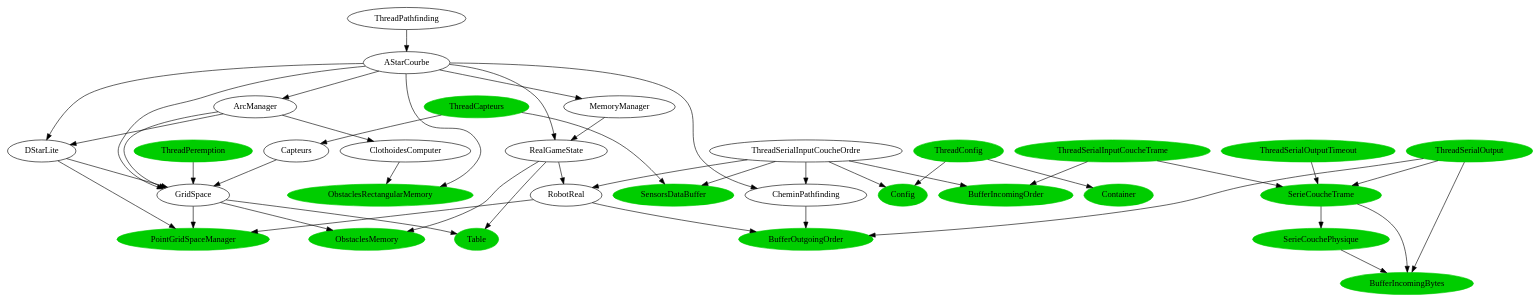
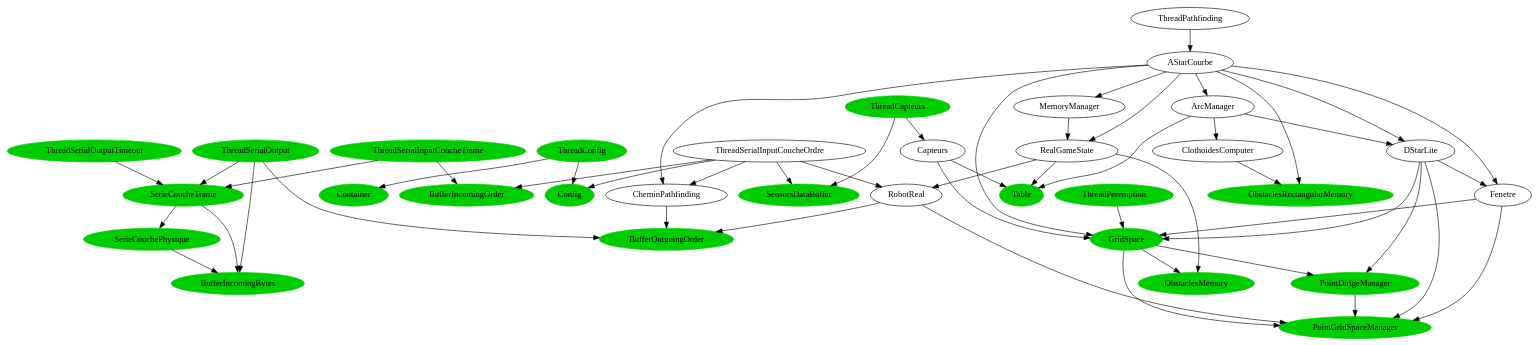
One commit to INTechSenpai/moon-rover changed the diagram in pc/dependances.dot. Above: the diagram before and after it, drawn with Graphviz. The commit also changed 8 other files, not shown here.

Commit message:
GridSpace ok

```diff
--- a/pc/dependances.dot
+++ b/pc/dependances.dot
@@ -1,109 +1,130 @@
 digraph dependancesJava {
+ThreadCapteurs [color=green3, style=filled];
 SensorsDataBuffer [color=green3, style=filled];
 ThreadCapteurs -> SensorsDataBuffer;
 Capteurs;
 ThreadCapteurs -> Capteurs;
-GridSpace;
+GridSpace [color=green3, style=filled];
 Capteurs -> GridSpace;
 ObstaclesMemory [color=green3, style=filled];
 GridSpace -> ObstaclesMemory;
-Table [color=green3, style=filled];
-GridSpace -> Table;
 PointGridSpaceManager [color=green3, style=filled];
 GridSpace -> PointGridSpaceManager;
+PointDirigeManager [color=green3, style=filled];
+GridSpace -> PointDirigeManager;
+PointGridSpaceManager [color=green3, style=filled];
+PointDirigeManager -> PointGridSpaceManager;
+Table [color=green3, style=filled];
+Capteurs -> Table;
+ThreadConfig [color=green3, style=filled];
 Config [color=green3, style=filled];
 ThreadConfig -> Config;
 Container [color=green3, style=filled];
 ThreadConfig -> Container;
+ThreadPathfinding;
 AStarCourbe;
 ThreadPathfinding -> AStarCourbe;
 DStarLite;
 AStarCourbe -> DStarLite;
-GridSpace;
+GridSpace [color=green3, style=filled];
 DStarLite -> GridSpace;
 PointGridSpaceManager [color=green3, style=filled];
 DStarLite -> PointGridSpaceManager;
+PointDirigeManager [color=green3, style=filled];
+DStarLite -> PointDirigeManager;
+Fenetre;
+DStarLite -> Fenetre;
+GridSpace [color=green3, style=filled];
+Fenetre -> GridSpace;
+PointGridSpaceManager [color=green3, style=filled];
+Fenetre -> PointGridSpaceManager;
 ArcManager;
 AStarCourbe -> ArcManager;
-GridSpace;
-ArcManager -> GridSpace;
 DStarLite;
 ArcManager -> DStarLite;
 ClothoidesComputer;
 ArcManager -> ClothoidesComputer;
 ObstaclesRectangularMemory [color=green3, style=filled];
 ClothoidesComputer -> ObstaclesRectangularMemory;
+Table [color=green3, style=filled];
+ArcManager -> Table;
 RealGameState;
 AStarCourbe -> RealGameState;
 RobotReal;
 RealGameState -> RobotReal;
 BufferOutgoingOrder [color=green3, style=filled];
 RobotReal -> BufferOutgoingOrder;
 PointGridSpaceManager [color=green3, style=filled];
 RobotReal -> PointGridSpaceManager;
 ObstaclesMemory [color=green3, style=filled];
 RealGameState -> ObstaclesMemory;
 Table [color=green3, style=filled];
 RealGameState -> Table;
 CheminPathfinding;
 AStarCourbe -> CheminPathfinding;
 BufferOutgoingOrder [color=green3, style=filled];
 CheminPathfinding -> BufferOutgoingOrder;
 MemoryManager;
 AStarCourbe -> MemoryManager;
 RealGameState;
 MemoryManager -> RealGameState;
-GridSpace;
+GridSpace [color=green3, style=filled];
 AStarCourbe -> GridSpace;
 ObstaclesRectangularMemory [color=green3, style=filled];
 AStarCourbe -> ObstaclesRectangularMemory;
-GridSpace;
+Fenetre;
+AStarCourbe -> Fenetre;
+ThreadPeremption [color=green3, style=filled];
+GridSpace [color=green3, style=filled];
 ThreadPeremption -> GridSpace;
+ThreadSerialInputCoucheOrdre;
 Config [color=green3, style=filled];
 ThreadSerialInputCoucheOrdre -> Config;
 BufferIncomingOrder [color=green3, style=filled];
 ThreadSerialInputCoucheOrdre -> BufferIncomingOrder;
 SensorsDataBuffer [color=green3, style=filled];
 ThreadSerialInputCoucheOrdre -> SensorsDataBuffer;
 RobotReal;
 ThreadSerialInputCoucheOrdre -> RobotReal;
 CheminPathfinding;
 ThreadSerialInputCoucheOrdre -> CheminPathfinding;
+ThreadSerialInputCoucheTrame [color=green3, style=filled];
 SerieCoucheTrame [color=green3, style=filled];
 ThreadSerialInputCoucheTrame -> SerieCoucheTrame;
 SerieCouchePhysique [color=green3, style=filled];
 SerieCoucheTrame -> SerieCouchePhysique;
 BufferIncomingBytes [color=green3, style=filled];
 SerieCouchePhysique -> BufferIncomingBytes;
 BufferIncomingBytes [color=green3, style=filled];
 SerieCoucheTrame -> BufferIncomingBytes;
 BufferIncomingOrder [color=green3, style=filled];
 ThreadSerialInputCoucheTrame -> BufferIncomingOrder;
+ThreadSerialOutput [color=green3, style=filled];
 SerieCoucheTrame [color=green3, style=filled];
 ThreadSerialOutput -> SerieCoucheTrame;
 BufferOutgoingOrder [color=green3, style=filled];
 ThreadSerialOutput -> BufferOutgoingOrder;
 BufferIncomingBytes [color=green3, style=filled];
 ThreadSerialOutput -> BufferIncomingBytes;
+ThreadSerialOutputTimeout [color=green3, style=filled];
 SerieCoucheTrame [color=green3, style=filled];
 ThreadSerialOutputTimeout -> SerieCoucheTrame;
 Config [color=green3, style=filled];
-Table [color=green3, style=filled];
-AStarCourbe;
+Fenetre;
 ThreadCapteurs [color=green3, style=filled];
 ThreadCapteurs [color=green3, style=filled];
 ThreadConfig [color=green3, style=filled];
 ThreadConfig [color=green3, style=filled];
 ThreadPathfinding;
 ThreadPathfinding;
 ThreadPeremption [color=green3, style=filled];
 ThreadPeremption [color=green3, style=filled];
 ThreadSerialInputCoucheOrdre;
 ThreadSerialInputCoucheOrdre;
 ThreadSerialInputCoucheTrame [color=green3, style=filled];
 ThreadSerialInputCoucheTrame [color=green3, style=filled];
 ThreadSerialOutput [color=green3, style=filled];
 ThreadSerialOutput [color=green3, style=filled];
 ThreadSerialOutputTimeout [color=green3, style=filled];
 ThreadSerialOutputTimeout [color=green3, style=filled];
 }
```
